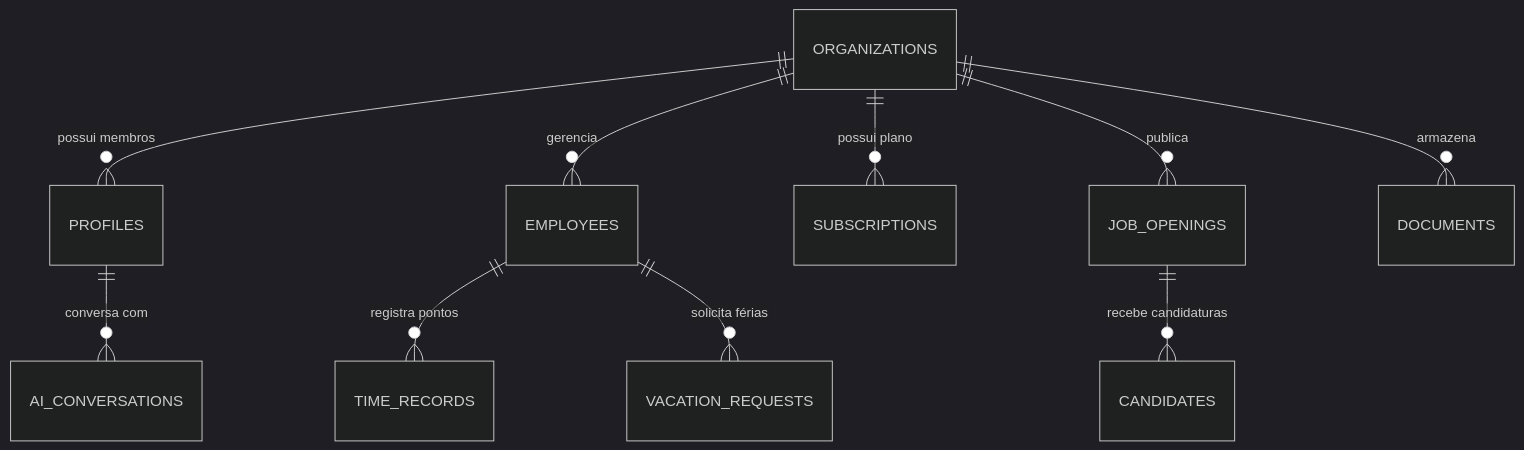
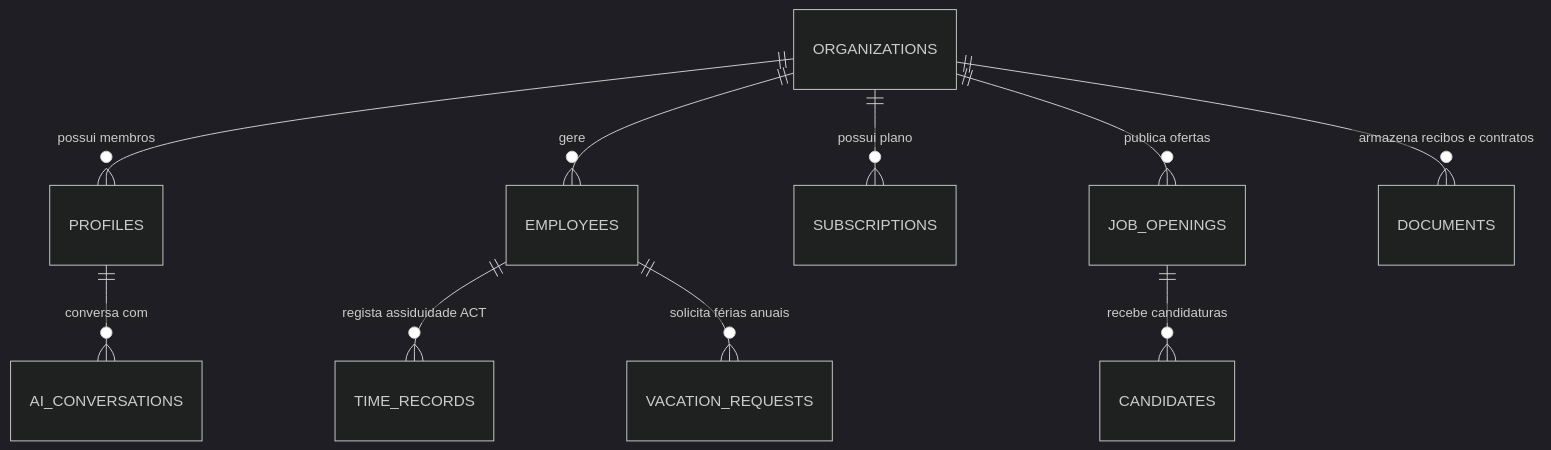
The diagram in docs/arquitetura_saas_supabase.md (leptoledo/nexuhrsaas), drawn with Mermaid (dark theme) before and after one commit. The commit also changed other lines of this file and 42 other files, not shown here.

````diff
--- a/docs/arquitetura_saas_supabase.md
+++ b/docs/arquitetura_saas_supabase.md
@@ -22,15 +22,15 @@
 ```mermaid
 erDiagram
     ORGANIZATIONS ||--o{ PROFILES : "possui membros"
-    ORGANIZATIONS ||--o{ EMPLOYEES : "gerencia"
+    ORGANIZATIONS ||--o{ EMPLOYEES : "gere"
     ORGANIZATIONS ||--o{ SUBSCRIPTIONS : "possui plano"
-    ORGANIZATIONS ||--o{ JOB_OPENINGS : "publica"
-    ORGANIZATIONS ||--o{ DOCUMENTS : "armazena"
+    ORGANIZATIONS ||--o{ JOB_OPENINGS : "publica ofertas"
+    ORGANIZATIONS ||--o{ DOCUMENTS : "armazena recibos e contratos"
 
-    EMPLOYEES ||--o{ TIME_RECORDS : "registra pontos"
-    EMPLOYEES ||--o{ VACATION_REQUESTS : "solicita férias"
+    EMPLOYEES ||--o{ TIME_RECORDS : "regista assiduidade ACT"
+    EMPLOYEES ||--o{ VACATION_REQUESTS : "solicita férias anuais"
     
     JOB_OPENINGS ||--o{ CANDIDATES : "recebe candidaturas"
     
     PROFILES ||--o{ AI_CONVERSATIONS : "conversa com"
 ```
````
